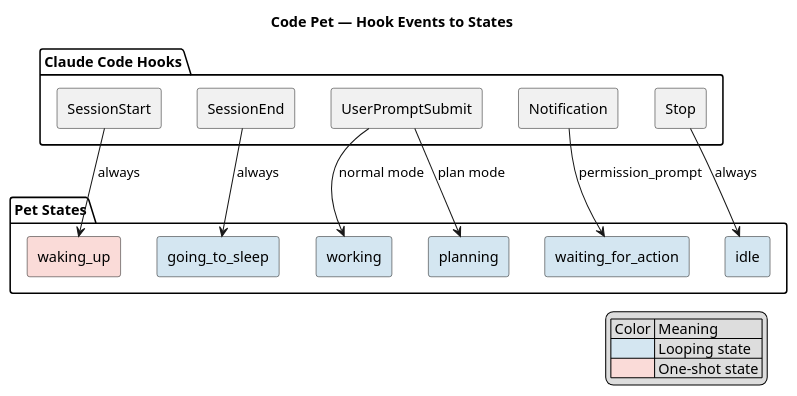
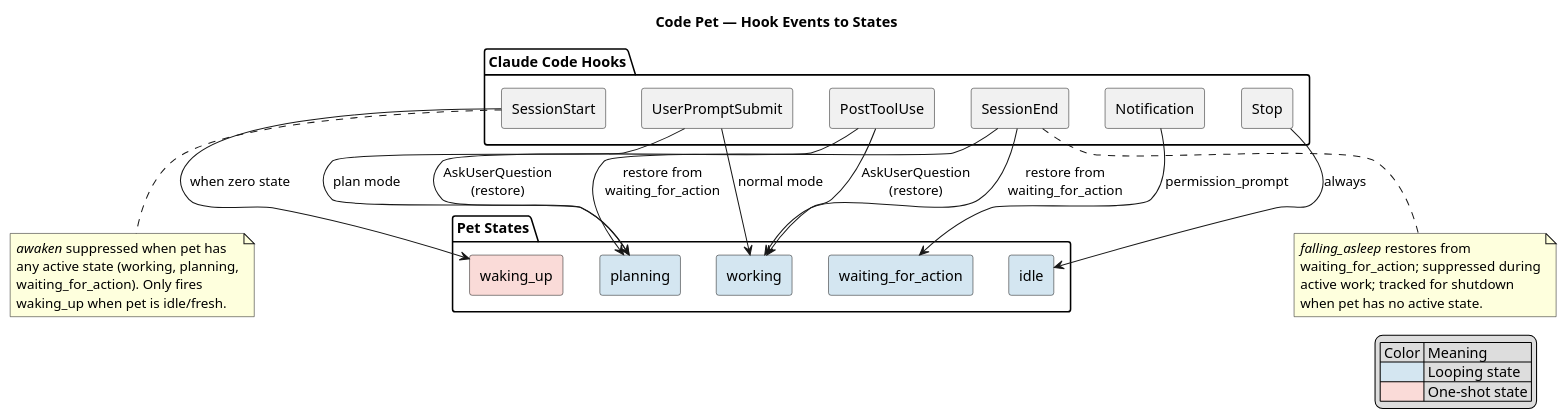
The second of 2 diagrams in docs/state-diagram.puml (mradovic95/code-pet), drawn with PlantUML before and after one commit. The commit also changed other lines of this file and 11 other files, not shown here.

```diff
--- a/docs/state-diagram.puml
+++ b/docs/state-diagram.puml
@@ -47,36 +63,53 @@
 @startuml code-pet-events
 title Code Pet — Hook Events to States
 
 skinparam componentStyle rectangle
 
 package "Claude Code Hooks" {
   [SessionStart] as SS
   [SessionEnd] as SE
   [UserPromptSubmit] as PS
   [Notification] as NOTIF
+  [PostToolUse] as PTU
   [Stop] as STOP
 }
 
 package "Pet States" {
   [waking_up] #FADBD8
-  [going_to_sleep] #D4E6F1
   [working] #D4E6F1
   [planning] #D4E6F1
   [waiting_for_action] #D4E6F1
   [idle] #D4E6F1
 }
 
-SS --> [waking_up] : always
-SE --> [going_to_sleep] : always
+SS --> [waking_up] : when zero state
+SE --> [working] : restore from\nwaiting_for_action
+SE --> [planning] : restore from\nwaiting_for_action
 PS --> [working] : normal mode
 PS --> [planning] : plan mode
 NOTIF --> [waiting_for_action] : permission_prompt
+PTU --> [working] : AskUserQuestion\n(restore)
+PTU --> [planning] : AskUserQuestion\n(restore)
 STOP --> [idle] : always
+
+note bottom of SS
+  //awaken// suppressed when pet has
+  any active state (working, planning,
+  waiting_for_action). Only fires
+  waking_up when pet is idle/fresh.
+end note
+
+note bottom of SE
+  //falling_asleep// restores from
+  waiting_for_action; suppressed during
+  active work; tracked for shutdown
+  when pet has no active state.
+end note
 
 legend right
   | Color | Meaning |
   | <#D4E6F1> | Looping state |
   | <#FADBD8> | One-shot state |
 end legend
 
 @enduml
```
